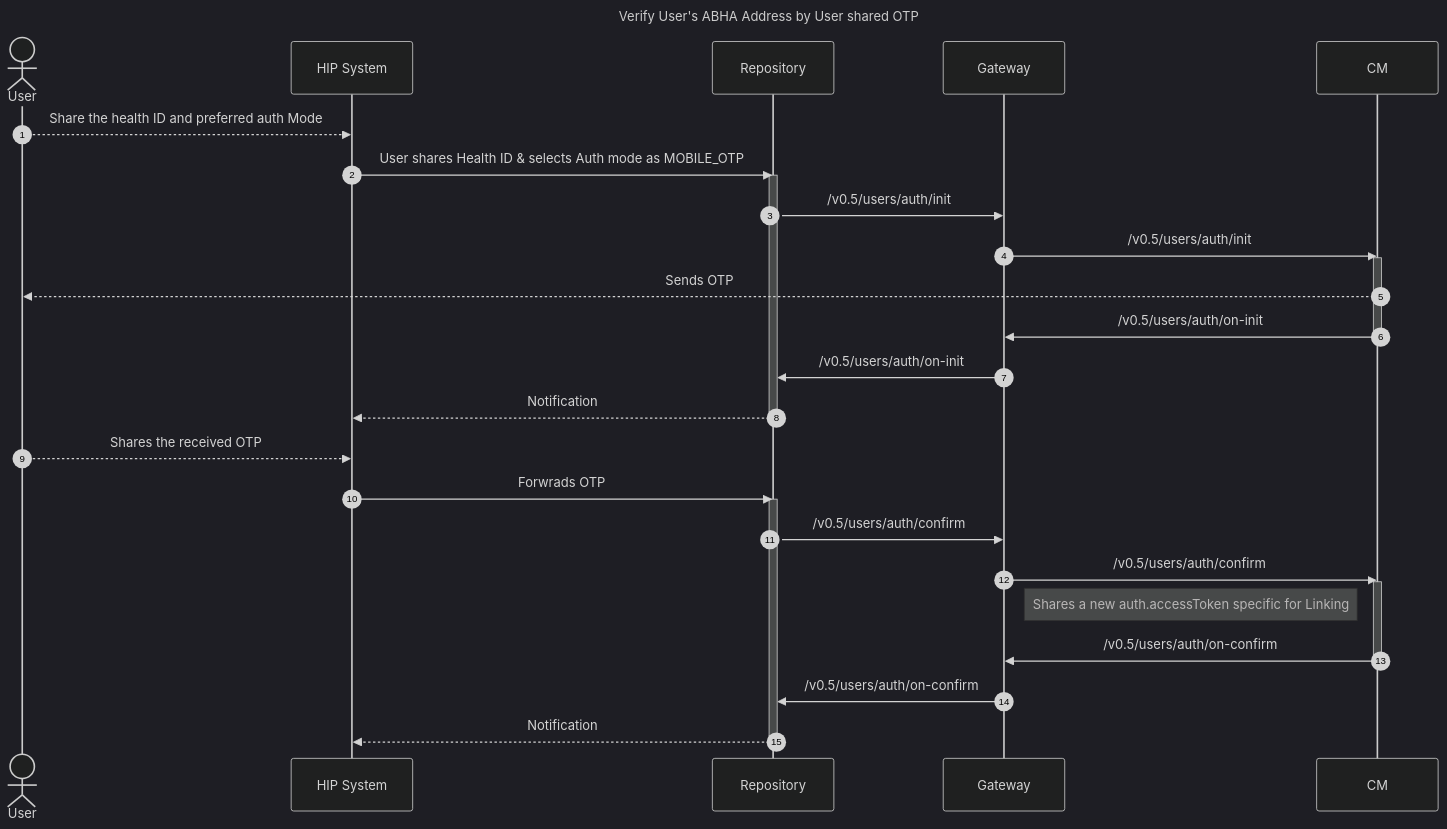
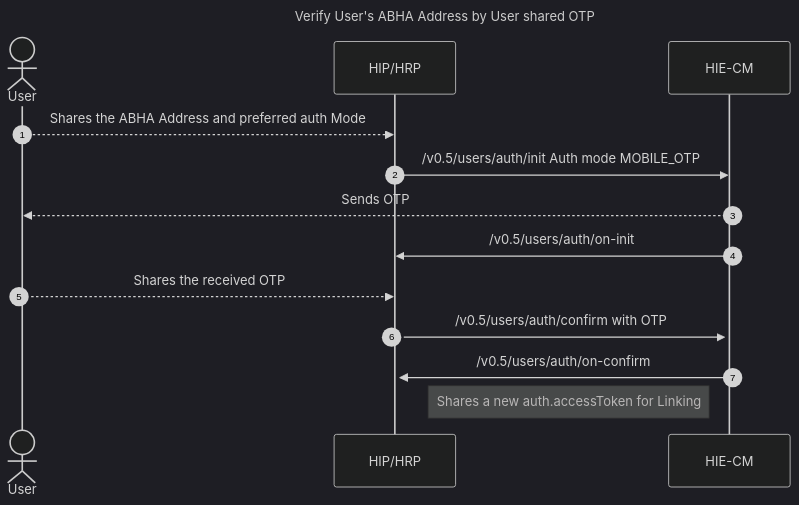
The diagram in content/2-milestone1/verify-abha-address/by-otp.md (kiranma72/abdm-docs), drawn with Mermaid (dark theme) before and after one commit. The commit also changed other lines of this file and 6 other files, not shown here.

```diff
--- a/content/2-milestone1/verify-abha-address/by-otp.md
+++ b/content/2-milestone1/verify-abha-address/by-otp.md
@@ -38,30 +38,17 @@
 {{< mermaid >}}
 %%{init:{"fontSize": "1.0rem", "sequence":{"showSequenceNumbers":true}}}%%
 sequenceDiagram
 title Verify User's ABHA Address by User shared OTP
 actor User
-User-->>HIP System:Share the health ID and preferred auth Mode
-HIP System->>Repository:User shares Health ID & selects Auth mode as MOBILE_OTP
-activate Repository
-Repository->>Gateway:/v0.5/users/auth/init
-Gateway->>CM:/v0.5/users/auth/init
-activate CM
-CM-->>User:Sends OTP
-CM->>Gateway:/v0.5/users/auth/on-init
-deactivate CM
-Gateway->>Repository:/v0.5/users/auth/on-init
-Repository-->>HIP System:Notification
-deactivate Repository
-User-->>HIP System:Shares the received OTP
-HIP System->>Repository:Forwrads OTP
-activate Repository
-Repository->>Gateway:/v0.5/users/auth/confirm
-Gateway->>CM:/v0.5/users/auth/confirm
-activate CM
-note left of CM:Shares a new auth.accessToken specific for Linking
-CM->>Gateway:/v0.5/users/auth/on-confirm
-deactivate CM
-Gateway->>Repository:/v0.5/users/auth/on-confirm
-Repository-->>HIP System:Notification
-deactivate Repository
+User-->>HIP/HRP:Shares the ABHA Address and preferred auth Mode
+HIP/HRP->>HIE-CM:/v0.5/users/auth/init Auth mode MOBILE_OTP
+activate HIE-CM
+HIE-CM-->>User:Sends OTP
+HIE-CM->>HIP/HRP:/v0.5/users/auth/on-init
+activate User
+User-->>HIP/HRP:Shares the received OTP
+activate HIP/HRP
+HIP/HRP->>HIE-CM: /v0.5/users/auth/confirm with OTP
+HIE-CM->>HIP/HRP:/v0.5/users/auth/on-confirm
+note left of HIE-CM:Shares a new auth.accessToken for Linking
 {{< /mermaid >}}
```
